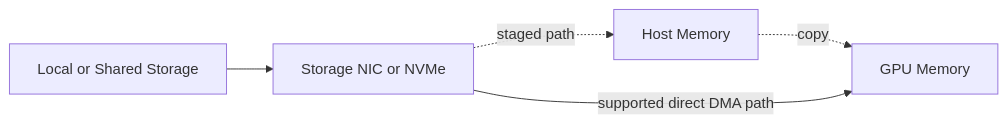
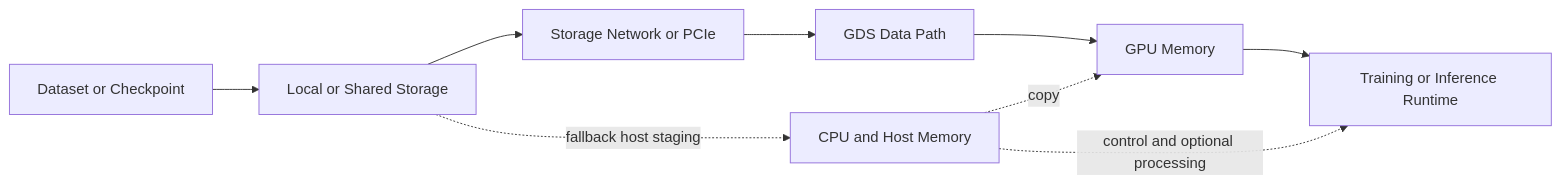
One commit to jithinpnjm/nvidia-devops changed the first of 4 diagrams in docs/nvidia-zero-to-hero/volume-07/chapter-06-gpudirect-storage.md. Above: the diagram before and after it, drawn with Mermaid. The commit also changed other lines of this file and 7 other files, not shown here.

````diff
--- a/docs/nvidia-zero-to-hero/volume-07/chapter-06-gpudirect-storage.md
+++ b/docs/nvidia-zero-to-hero/volume-07/chapter-06-gpudirect-storage.md
@@ -18,12 +53,14 @@
 ```mermaid
 flowchart LR
+    Dataset[Dataset or Checkpoint]
     Storage[Local or Shared Storage]
-    NIC[Storage NIC or NVMe]
-    Host[Host Memory]
+    Fabric[Storage Network or PCIe]
+    GDS[GDS Data Path]
     GPU[GPU Memory]
+    CPU[CPU and Host Memory]
+    App[Training or Inference Runtime]
 
-    Storage --> NIC
-    NIC -. staged path .-> Host
-    Host -. copy .-> GPU
-    NIC -->|supported direct DMA path| GPU
+    Dataset --> Storage --> Fabric --> GDS --> GPU --> App
+    CPU -. control and optional processing .-> App
+    Storage -. fallback host staging .-> CPU -. copy .-> GPU
 ```
````
